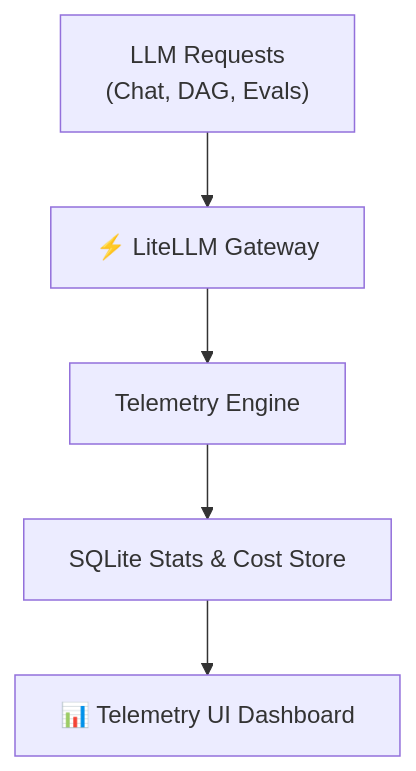
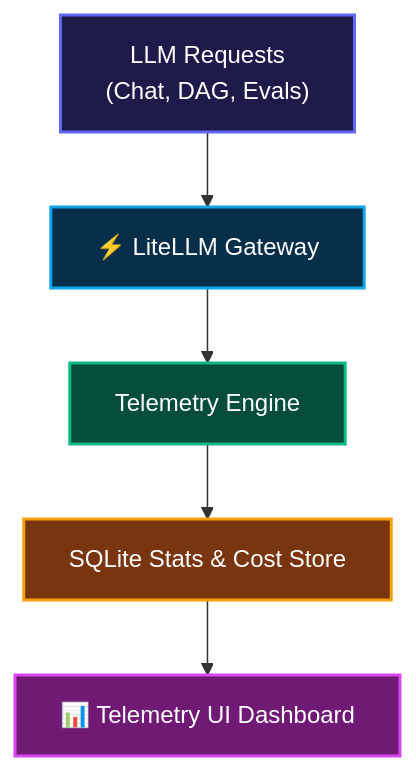
The diagram in docs/06_telemetry_metrics.md (vdonthireddy/agentic-ai), drawn with Mermaid before and after one commit. The commit also changed 10 other files, not shown here.

Commit message:
docs(styling): enrich Mermaid flowcharts with vibrant, glowing classDef colors across all documentation guides

````diff
--- a/docs/06_telemetry_metrics.md
+++ b/docs/06_telemetry_metrics.md
@@ -34,7 +34,19 @@
 ```mermaid
 flowchart TD
     Req["LLM Requests\n(Chat, DAG, Evals)"] --> Gateway["⚡ LiteLLM Gateway"]
     Gateway --> Metrics["Telemetry Engine"]
     Metrics --> DB["SQLite Stats & Cost Store"]
     DB --> View["📊 Telemetry UI Dashboard"]
+
+    classDef cIndigo fill:#1e1b4b,stroke:#6366f1,stroke-width:2px,color:#fff;
+    classDef cCyan fill:#082f49,stroke:#0ea5e9,stroke-width:2px,color:#fff;
+    classDef cEmerald fill:#064e3b,stroke:#10b981,stroke-width:2px,color:#fff;
+    classDef cAmber fill:#78350f,stroke:#f59e0b,stroke-width:2px,color:#fff;
+    classDef cFuchsia fill:#701a75,stroke:#d946ef,stroke-width:2px,color:#fff;
+
+    class Req cIndigo;
+    class Gateway cCyan;
+    class Metrics cEmerald;
+    class DB cAmber;
+    class View cFuchsia;
 ```
````
